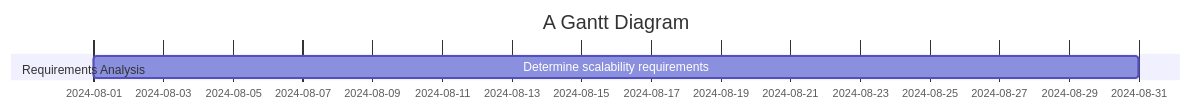
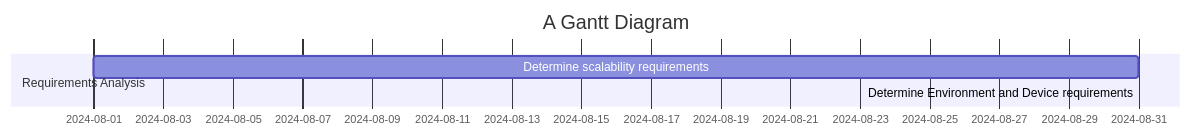
Before and after one commit to sayshelley/iodraw-files: the diagram in all/Untitled-2.md, drawn with Mermaid.

Commit message:
2024-10-04 23:46:56 update

````diff
--- a/all/Untitled-2.md
+++ b/all/Untitled-2.md
@@ -1,18 +1,18 @@
 ```mermaid
 gantt
     title A Gantt Diagram
     dateFormat  YYYY-MM-DD
     section Requirements Analysis
         Determine scalability requirements: a1, 2024-08-01, 30d
-        
+        Determine Environment and Device requirements: a
         
     section Design
 
     section Develop
 
 
     
 
 
    
 ```
````
